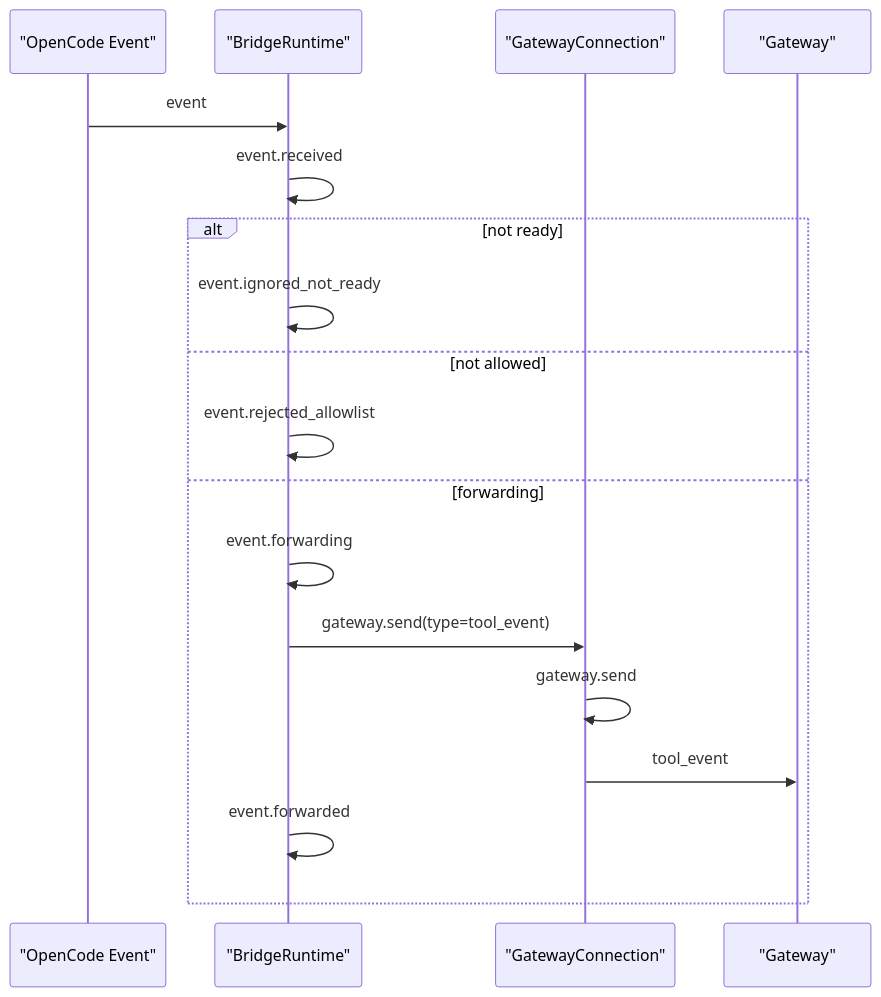
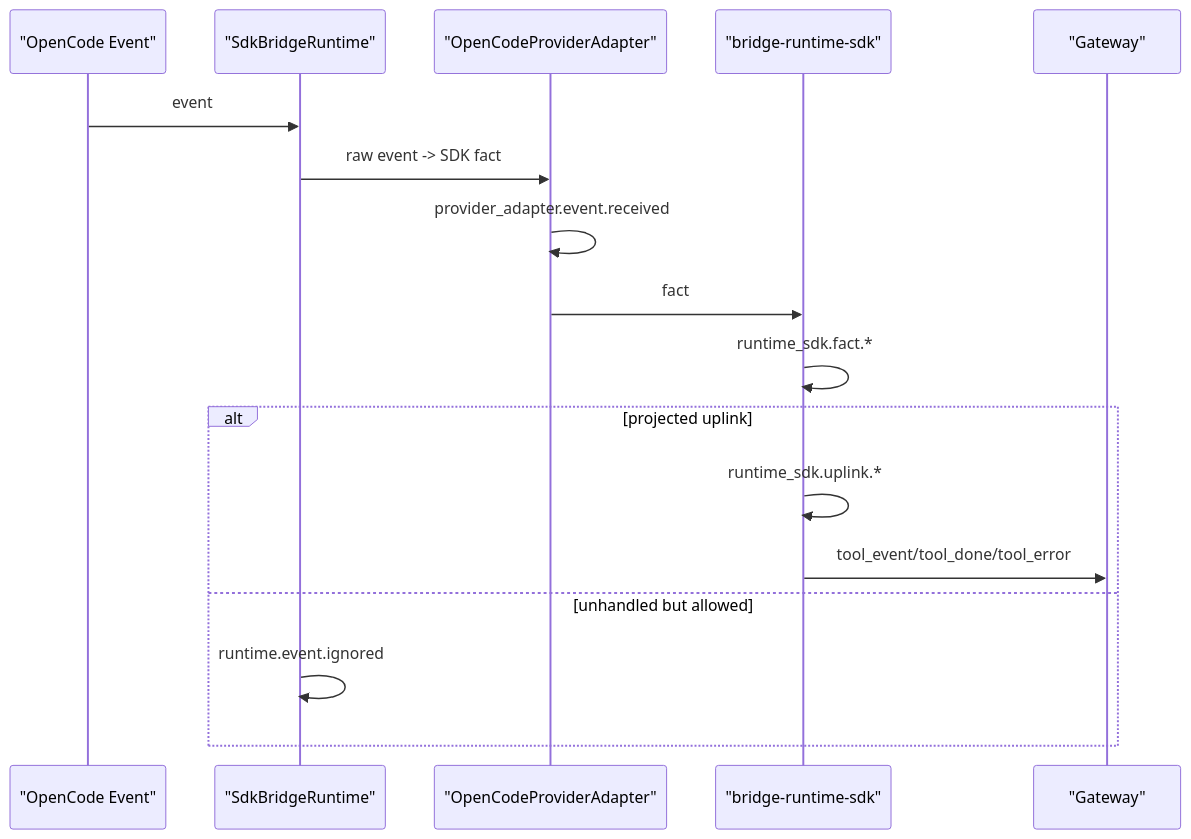
One commit to yuzhangCZ/agent-plugin changed the third of 4 diagrams in plugins/message-bridge/docs/operations/logging-reference.md. Above: the diagram before and after it, drawn with Mermaid. The commit also changed other lines of this file and 7 other files, not shown here.

Commit message:
docs: document sdk runtime cutover

````diff
--- a/plugins/message-bridge/docs/operations/logging-reference.md
+++ b/plugins/message-bridge/docs/operations/logging-reference.md
@@ -119,21 +114,20 @@
 ```mermaid
 sequenceDiagram
   participant O as "OpenCode Event"
-  participant P as "BridgeRuntime"
-  participant G as "GatewayConnection"
+  participant P as "SdkBridgeRuntime"
+  participant A as "OpenCodeProviderAdapter"
+  participant S as "bridge-runtime-sdk"
   participant GW as "Gateway"
 
   O->>P: event
-  P->>P: event.received
-  alt not ready
-    P->>P: event.ignored_not_ready
-  else not allowed
-    P->>P: event.rejected_allowlist
-  else forwarding
-    P->>P: event.forwarding
-    P->>G: gateway.send(type=tool_event)
-    G->>G: gateway.send
-    G->>GW: tool_event
-    P->>P: event.forwarded
+  P->>A: raw event -> SDK fact
+  A->>A: provider_adapter.event.received
+  A->>S: fact
+  S->>S: runtime_sdk.fact.*
+  alt projected uplink
+    S->>S: runtime_sdk.uplink.*
+    S->>GW: tool_event/tool_done/tool_error
+  else unhandled but allowed
+    P->>P: runtime.event.ignored
   end
 ```
````
